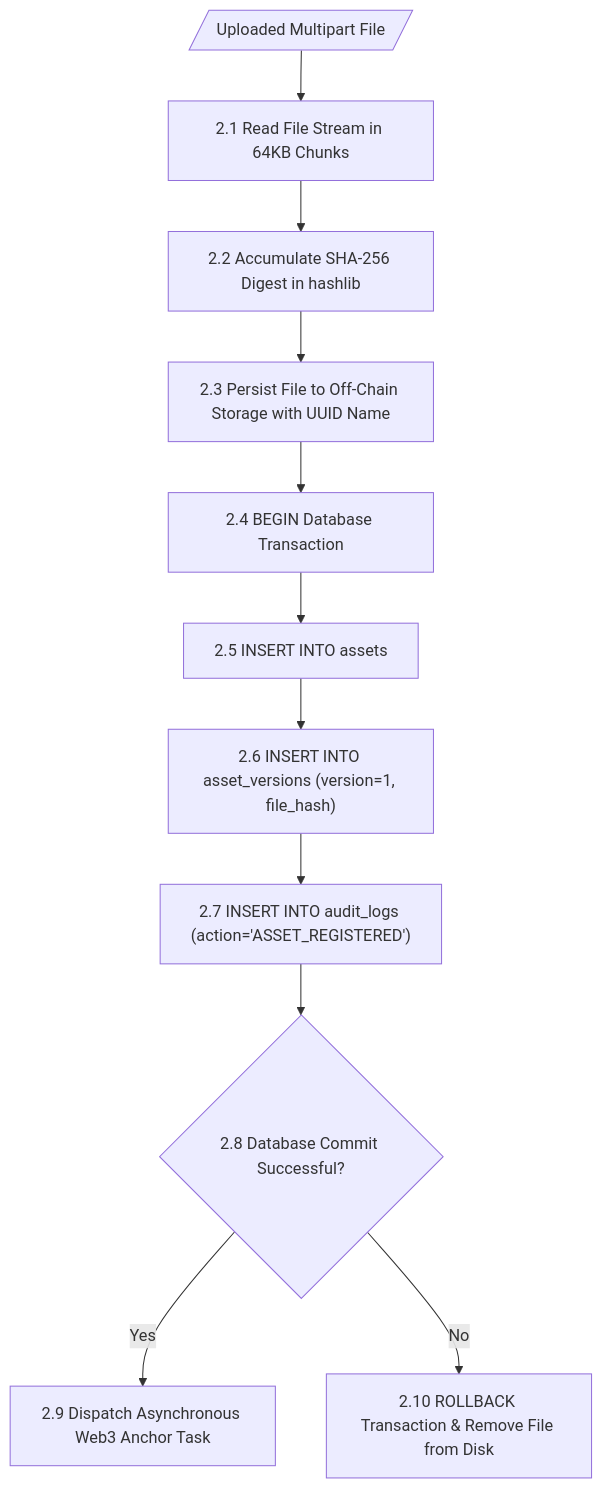
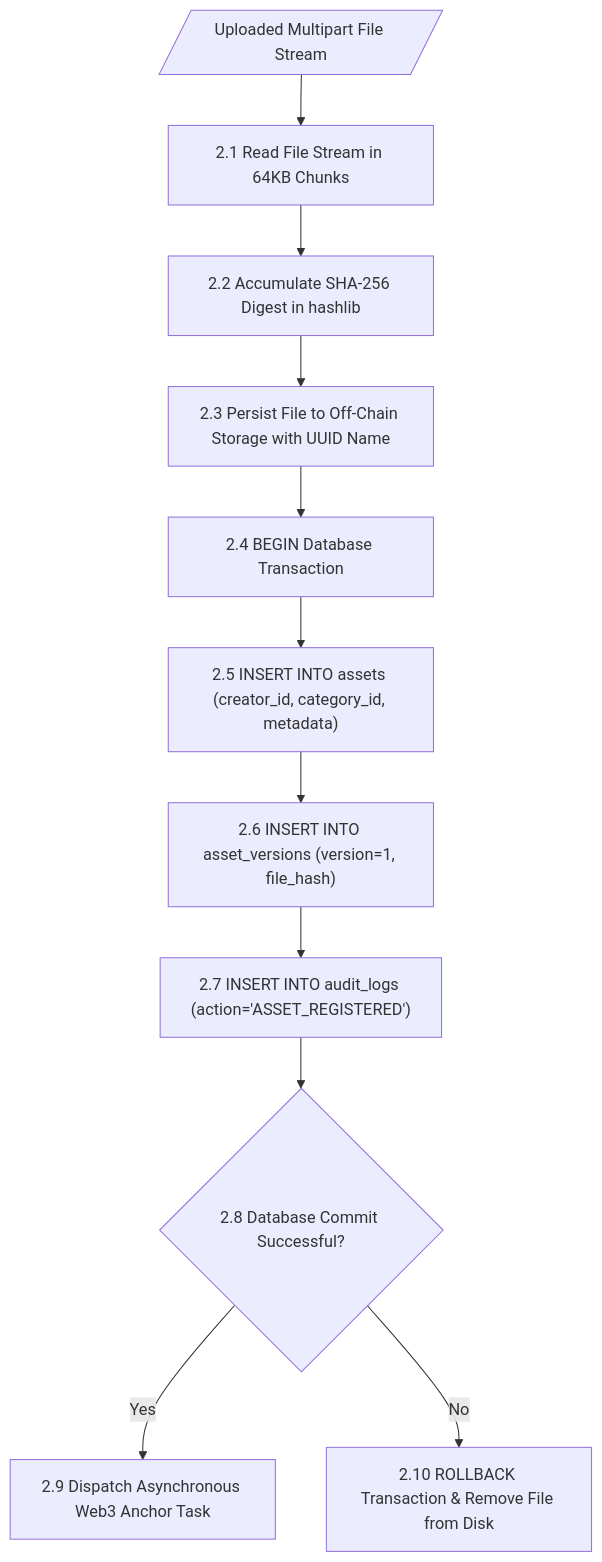
One commit to thusharbk0308/dbms_el changed the fourth of 7 diagrams in docs/DBMS_MINI_PROJECT_REPORT.md. Above: the diagram before and after it, drawn with Mermaid. The commit also changed other lines of this file and 3 other files, not shown here.

Commit message:
docs: add comprehensive DFD Level 2 sub-process diagrams and descriptions to academic reports

````diff
--- a/docs/DBMS_MINI_PROJECT_REPORT.md
+++ b/docs/DBMS_MINI_PROJECT_REPORT.md
@@ -707,13 +710,13 @@
 ```mermaid
 flowchart TD
-    InFile[/Uploaded Multipart File/] --> Step1["2.1 Read File Stream in 64KB Chunks"]
+    InFile[/Uploaded Multipart File Stream/] --> Step1["2.1 Read File Stream in 64KB Chunks"]
     Step1 --> Step2["2.2 Accumulate SHA-256 Digest in hashlib"]
     Step2 --> Step3["2.3 Persist File to Off-Chain Storage with UUID Name"]
     Step3 --> Step4["2.4 BEGIN Database Transaction"]
-    Step4 --> Step5["2.5 INSERT INTO assets"]
+    Step4 --> Step5["2.5 INSERT INTO assets (creator_id, category_id, metadata)"]
     Step5 --> Step6["2.6 INSERT INTO asset_versions (version=1, file_hash)"]
     Step6 --> Step7["2.7 INSERT INTO audit_logs (action='ASSET_REGISTERED')"]
     Step7 --> Step8{"2.8 Database Commit Successful?"}
     Step8 -- Yes --> Step9["2.9 Dispatch Asynchronous Web3 Anchor Task"]
     Step8 -- No --> Step10["2.10 ROLLBACK Transaction & Remove File from Disk"]
 ```
````
